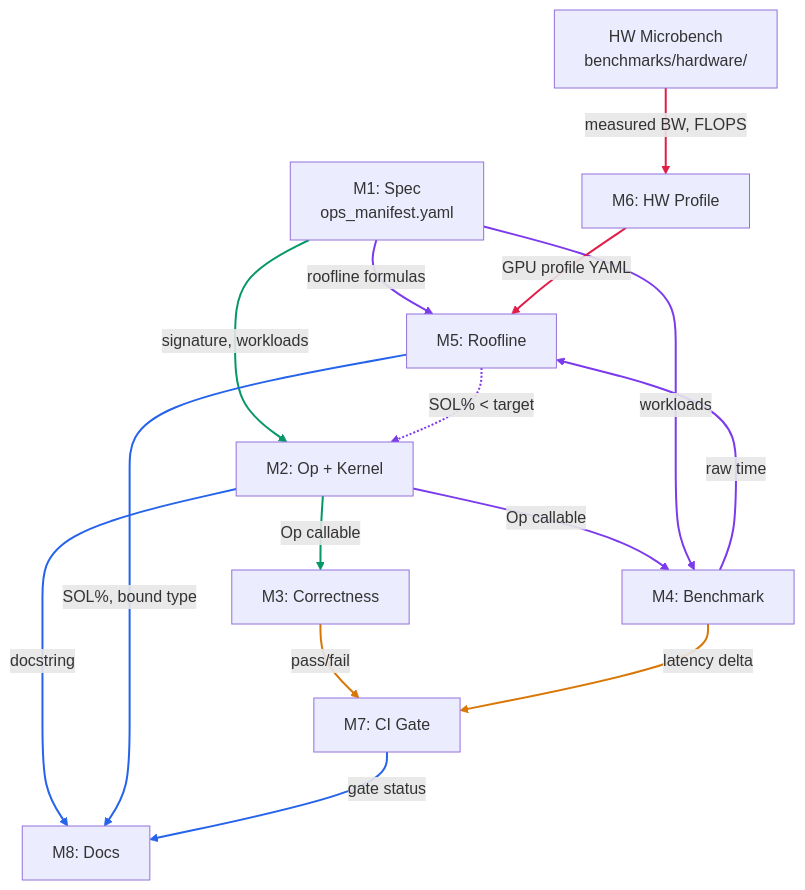
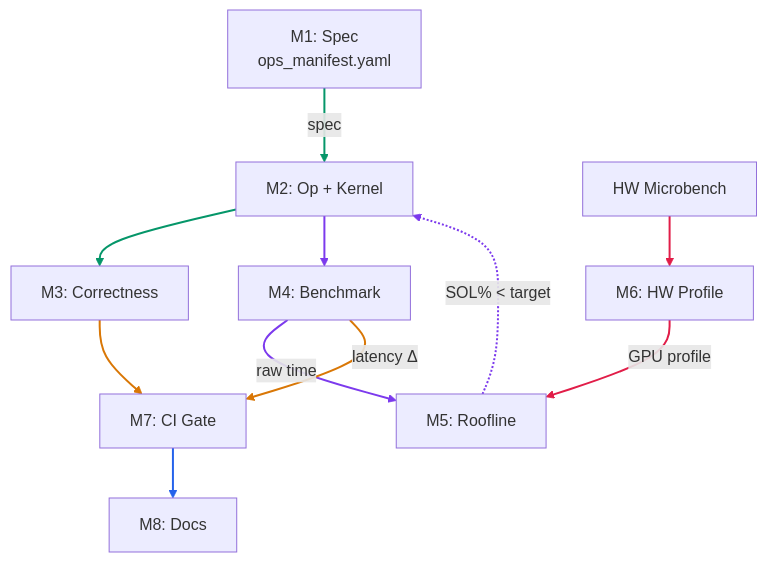
The diagram in docs/architecture.md (tile-ai/TileOPs), drawn with Mermaid before and after one commit. The commit also changed other lines of this file, not shown here.

Commit message:
[Doc] Simplify topology to 10 essential edges
Remove implementation-detail edges (M1→M4, M1→M5, M2→M8, M5→M8).
Each flow now has 2-3 edges max. Publish collapses to M7→M8.

````diff
--- a/docs/architecture.md
+++ b/docs/architecture.md
@@ -13,37 +13,33 @@
 ```mermaid
 graph TD
-    HW["HW Microbench<br/>benchmarks/hardware/"]
     M1["M1: Spec<br/>ops_manifest.yaml"]
     M2["M2: Op + Kernel"]
     M3["M3: Correctness"]
     M4["M4: Benchmark"]
     M5["M5: Roofline"]
     M6["M6: HW Profile"]
+    HW["HW Microbench"]
     M7["M7: CI Gate"]
     M8["M8: Docs"]
 
-    M1 -- "signature, workloads" --> M2
-    M2 -- "Op callable" --> M3
+    M1 -- "spec" --> M2
+    M2 --> M3
 
-    M2 -- "Op callable" --> M4
-    M1 -- "workloads" --> M4
+    M2 --> M4
     M4 -- "raw time" --> M5
-    M1 -- "roofline formulas" --> M5
     M5 -. "SOL% < target" .-> M2
 
-    HW -- "measured BW, FLOPS" --> M6
-    M6 -- "GPU profile YAML" --> M5
+    HW --> M6
+    M6 -- "GPU profile" --> M5
 
-    M3 -- "pass/fail" --> M7
-    M4 -- "latency delta" --> M7
+    M3 --> M7
+    M4 -- "latency Δ" --> M7
 
-    M2 -- "docstring" --> M8
-    M5 -- "SOL%, bound type" --> M8
-    M7 -- "gate status" --> M8
+    M7 --> M8
 
     linkStyle 0,1 stroke:#059669,stroke-width:2px
-    linkStyle 2,3,4,5,6 stroke:#7c3aed,stroke-width:2px
-    linkStyle 7,8 stroke:#e11d48,stroke-width:2px
-    linkStyle 9,10 stroke:#d97706,stroke-width:2px
-    linkStyle 11,12,13 stroke:#2563eb,stroke-width:2px
+    linkStyle 2,3,4 stroke:#7c3aed,stroke-width:2px
+    linkStyle 5,6 stroke:#e11d48,stroke-width:2px
+    linkStyle 7,8 stroke:#d97706,stroke-width:2px
+    linkStyle 9 stroke:#2563eb,stroke-width:2px
 ```
````
